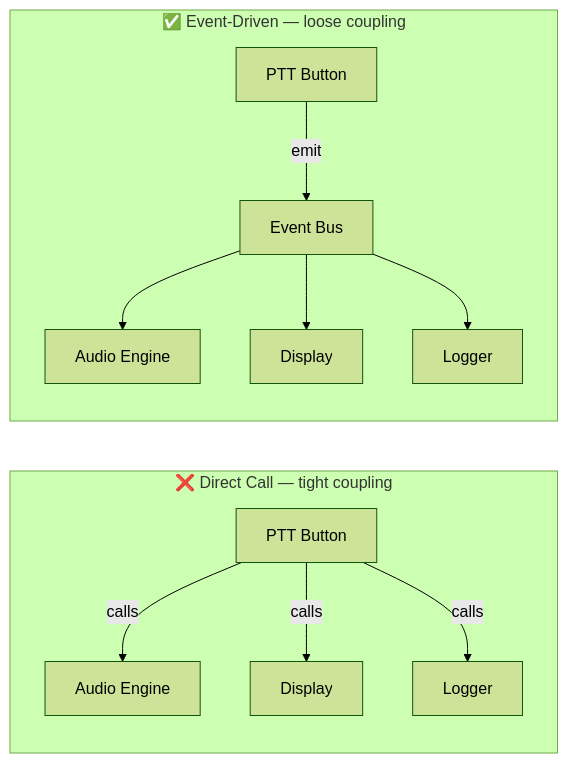
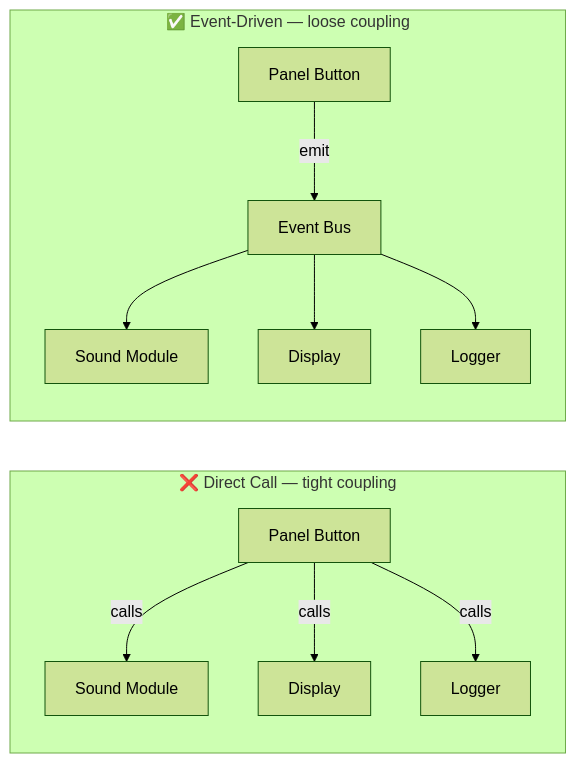
The fourth of 4 diagrams in 09_SoftwareArchitecture/ArchitecturalPatterns/03_EventDriven/README.md (Apisteftos/QtTutorialCpp), drawn with Mermaid (forest theme) before and after one commit. The commit also changed other lines of this file and 349 other files, not shown here.

````diff
--- a/09_SoftwareArchitecture/ArchitecturalPatterns/03_EventDriven/README.md
+++ b/09_SoftwareArchitecture/ArchitecturalPatterns/03_EventDriven/README.md
@@ -93,15 +92,15 @@
 ```mermaid
 flowchart LR
     subgraph Direct["❌ Direct Call — tight coupling"]
-        A1[PTT Button] -->|calls| B1[Audio Engine]
+        A1[Panel Button] -->|calls| B1[Sound Module]
         A1 -->|calls| C1[Display]
         A1 -->|calls| D1[Logger]
     end
 
     subgraph EventDriven["✅ Event-Driven — loose coupling"]
-        A2[PTT Button] -->|emit| BUS[Event Bus]
-        BUS --> B2[Audio Engine]
+        A2[Panel Button] -->|emit| BUS[Event Bus]
+        BUS --> B2[Sound Module]
         BUS --> C2[Display]
         BUS --> D2[Logger]
     end
 ```
````
